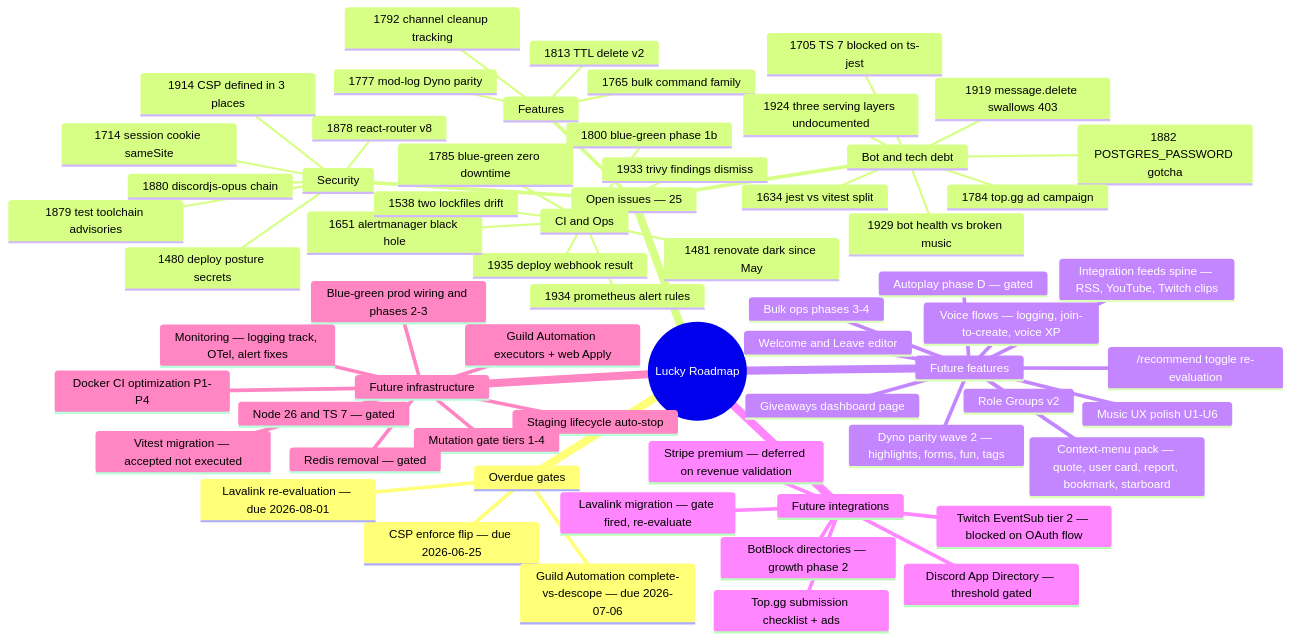
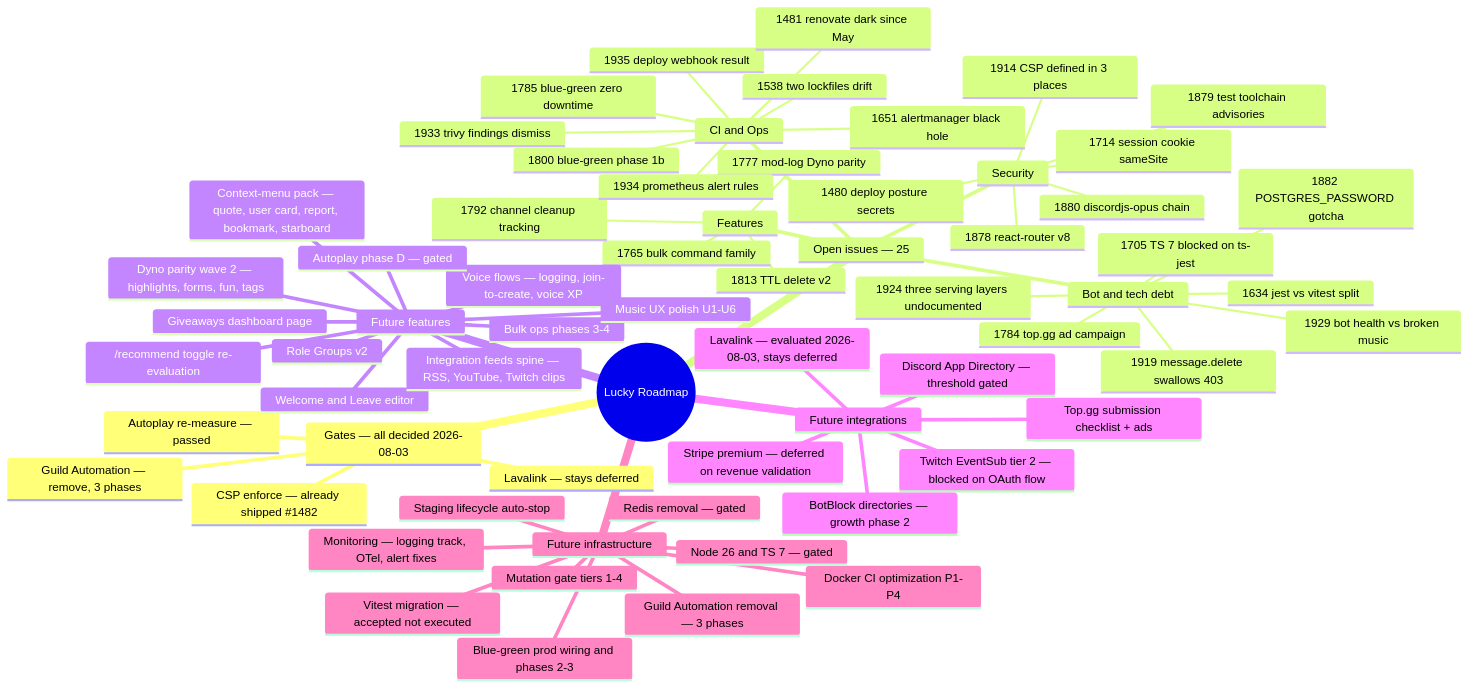
One commit to LucasSantana-Dev/Lucky changed the first of 2 diagrams in docs/roadmap.md. Above: the diagram before and after it, drawn with Mermaid. The commit also changed other lines of this file and 2 other files, not shown here.

First line of the commit message:
docs: resolve the three remaining overdue decision gates

````diff
--- a/docs/roadmap.md
+++ b/docs/roadmap.md
@@ -8,67 +8,68 @@
 ```mermaid
 mindmap
   root((Lucky Roadmap))
-    Overdue gates
-      CSP enforce flip — due 2026-06-25
-      Guild Automation complete-vs-descope — due 2026-07-06
-      Lavalink re-evaluation — due 2026-08-01
+    Gates — all decided 2026-08-03
+      CSP enforce — already shipped #1482
+      Guild Automation — remove, 3 phases
+      Autoplay re-measure — passed
+      Lavalink — stays deferred
     Open issues — 25
       Features
         1777 mod-log Dyno parity
         1765 bulk command family
         1813 TTL delete v2
         1792 channel cleanup tracking
       CI and Ops
         1935 deploy webhook result
         1934 prometheus alert rules
         1933 trivy findings dismiss
         1800 blue-green phase 1b
         1785 blue-green zero downtime
         1651 alertmanager black hole
         1481 renovate dark since May
         1538 two lockfiles drift
       Security
         1480 deploy posture secrets
         1880 discordjs-opus chain
         1878 react-router v8
         1879 test toolchain advisories
         1914 CSP defined in 3 places
         1714 session cookie sameSite
       Bot and tech debt
         1929 bot health vs broken music
         1919 message.delete swallows 403
         1634 jest vs vitest split
         1705 TS 7 blocked on ts-jest
         1924 three serving layers undocumented
         1882 POSTGRES_PASSWORD gotcha
         1784 top.gg ad campaign
     Future features
       Context-menu pack — quote, user card, report, bookmark, starboard
       Welcome and Leave editor
       Giveaways dashboard page
       Integration feeds spine — RSS, YouTube, Twitch clips
       Voice flows — logging, join-to-create, voice XP
       Dyno parity wave 2 — highlights, forms, fun, tags
       Bulk ops phases 3-4
       Role Groups v2
       Music UX polish U1-U6
       /recommend toggle re-evaluation
       Autoplay phase D — gated
     Future integrations
       Twitch EventSub tier 2 — blocked on OAuth flow
       Stripe premium — deferred on revenue validation
-      Lavalink migration — gate fired, re-evaluate
+      Lavalink — evaluated 2026-08-03, stays deferred
       BotBlock directories — growth phase 2
       Discord App Directory — threshold gated
       Top.gg submission checklist + ads
     Future infrastructure
       Blue-green prod wiring and phases 2-3
       Docker CI optimization P1-P4
       Vitest migration — accepted not executed
       Monitoring — logging track, OTel, alert fixes
       Staging lifecycle auto-stop
       Mutation gate tiers 1-4
       Node 26 and TS 7 — gated
       Redis removal — gated
-      Guild Automation executors + web Apply
+      Guild Automation removal — 3 phases
 ```
````
